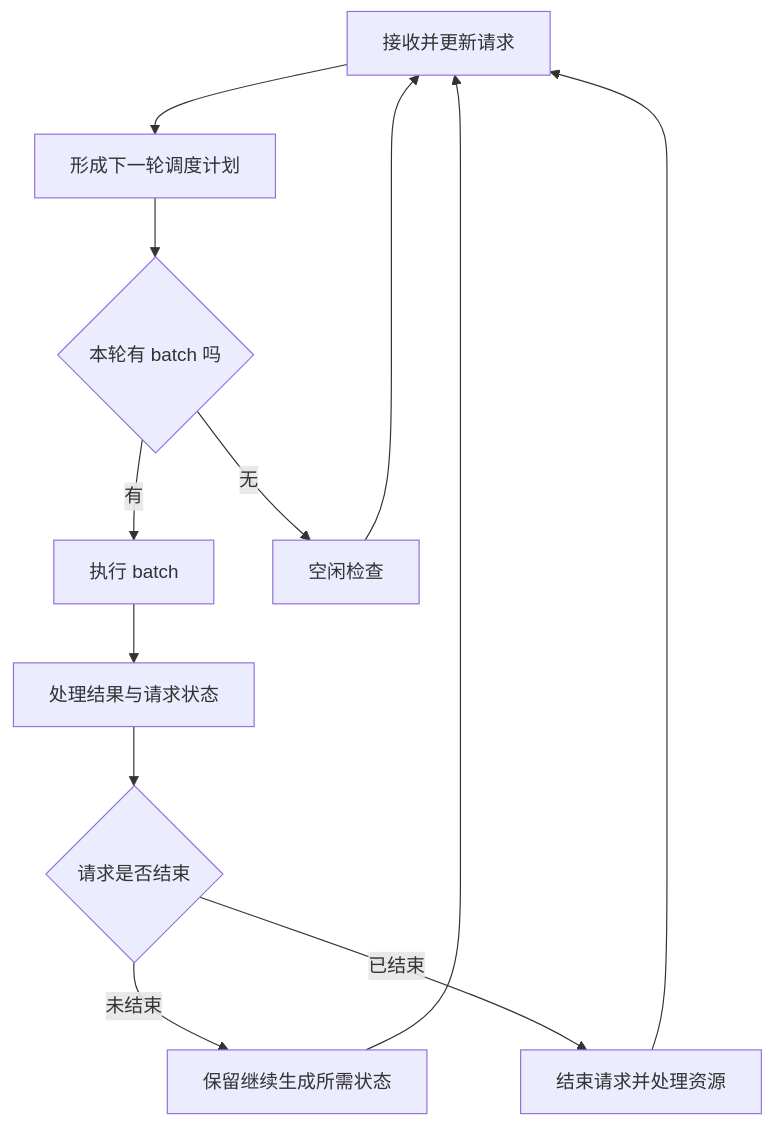
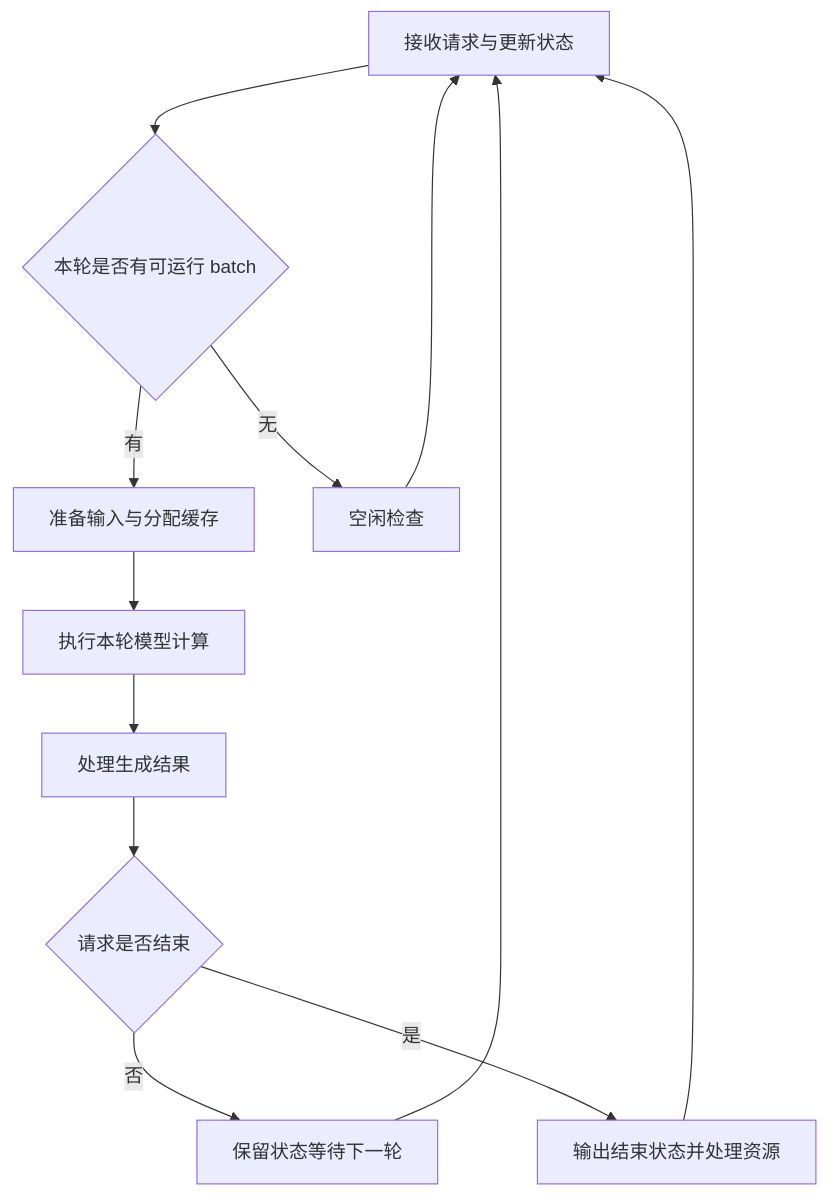
Before and after one commit to AkiYangDev/llm-inference-notes: the second of 9 diagrams in docs/sglang/sglang-ascend-request-lifecycle.md, drawn with Mermaid. The commit also changed other lines of this file and 10 other files, not shown here.

````diff
--- a/docs/sglang/sglang-ascend-request-lifecycle.md
+++ b/docs/sglang/sglang-ascend-request-lifecycle.md
@@ -105,14 +105,14 @@
 ```mermaid
 flowchart TD
-    I[接收并更新请求] --> P[形成下一轮调度计划]
-    P --> B{本轮有 batch 吗}
-    B -->|有| F[执行 batch]
-    F --> R[处理结果与请求状态]
+    I[接收请求与更新状态] --> B{本轮是否有可运行 batch}
+    B -->|有| P[准备输入与分配缓存]
+    P --> F[执行本轮模型计算]
+    F --> R[处理生成结果]
     R --> E{请求是否结束}
-    E -->|未结束| K[保留继续生成所需状态]
-    E -->|已结束| X[结束请求并处理资源]
+    E -->|否| K[保留状态等待下一轮]
+    E -->|是| X[输出结束状态并处理资源]
     K --> I
     X --> I
     B -->|无| W[空闲检查]
     W --> I
 ```
````
